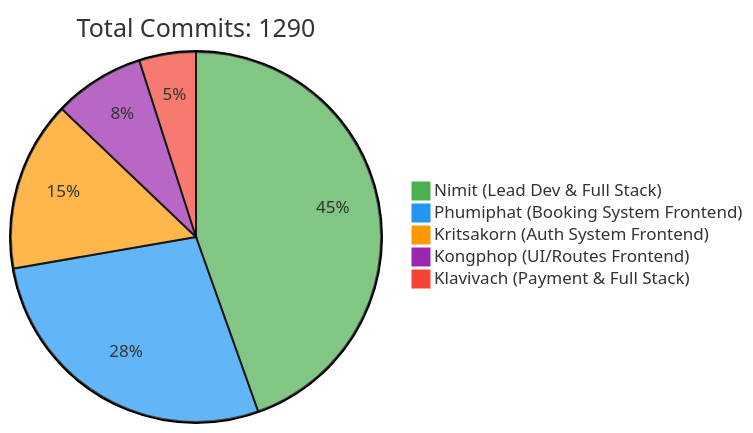
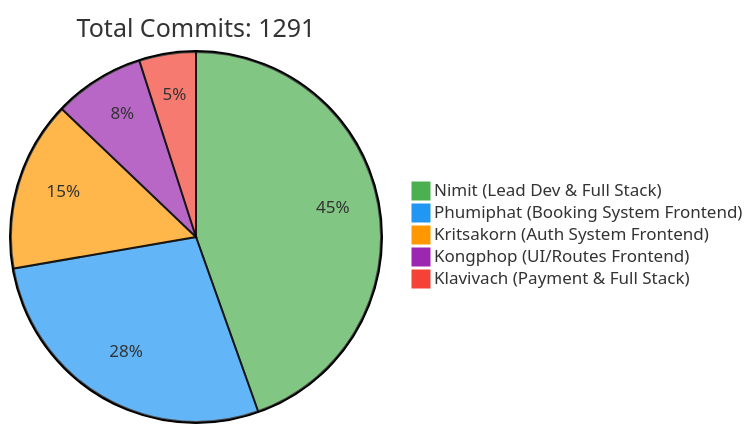
One commit to 6531503042/Sport-Complex changed the first of 2 diagrams in README.md. Above: the diagram before and after it, drawn with Mermaid. The commit also changed other lines of this file, not shown here.

Commit message:
docs: Update contributor statistics [skip ci]

````diff
--- a/README.md
+++ b/README.md
@@ -257,10 +257,10 @@
 ```mermaid
 %%{init: {'theme': 'base', 'themeVariables': { 'pie1': '#4CAF50', 'pie2': '#2196F3', 'pie3': '#FF9800', 'pie4': '#9C27B0', 'pie5': '#F44336'}}}%%
 pie
-    title Total Commits: 1290
+    title Total Commits: 1291
     "Nimit (Lead Dev & Full Stack)" : 450
     "Phumiphat (Booking System Frontend)" : 280
     "Kritsakorn (Auth System Frontend)" : 150
     "Kongphop (UI/Routes Frontend)" : 80
     "Klavivach (Payment & Full Stack)" : 50
 ```
````
